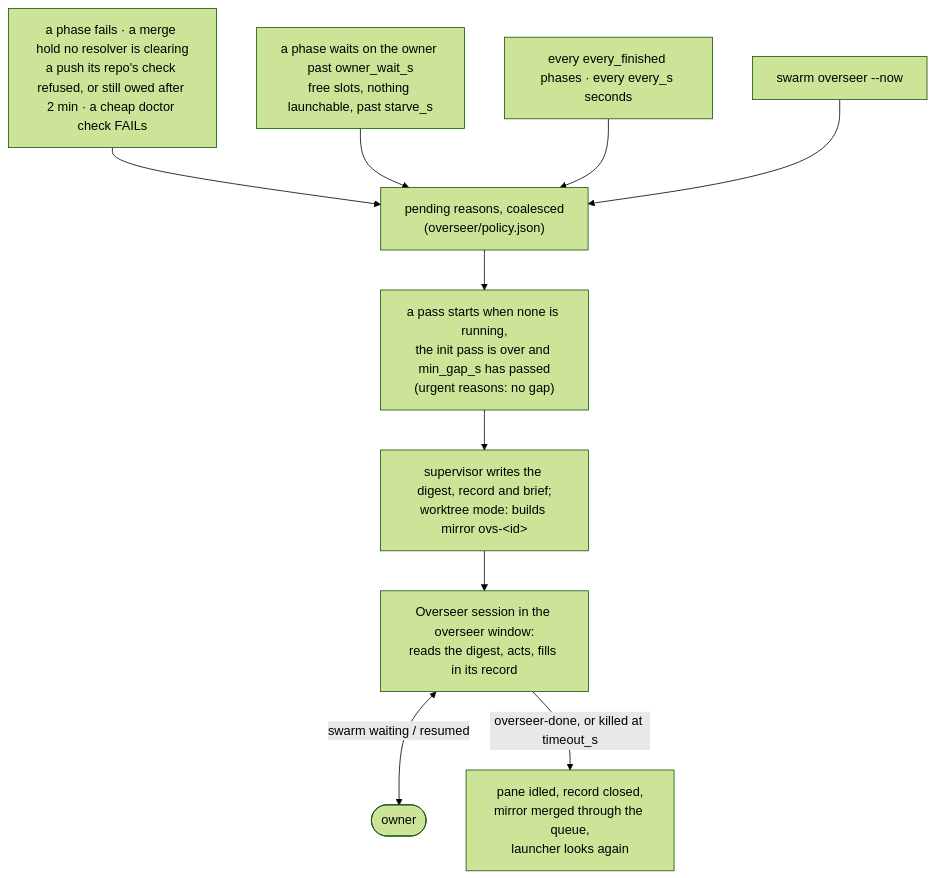
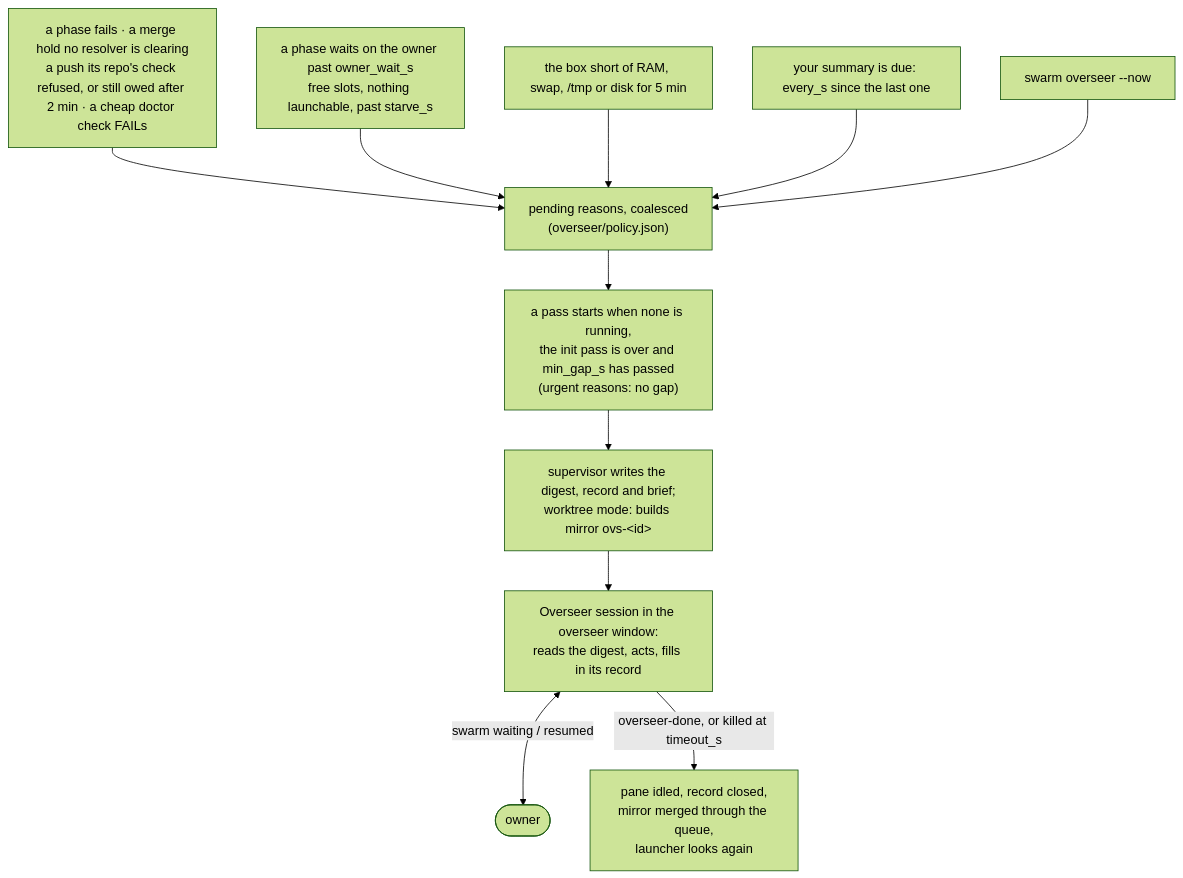
Before and after one commit to sezaiarda/swarm-orchestrator: the second of 5 diagrams in README.md, drawn with Mermaid (forest theme). The commit also changed other lines of this file and 12 other files, not shown here.

````diff
--- a/README.md
+++ b/README.md
@@ -221,12 +221,13 @@
 ```mermaid
 flowchart TD
   ev1["a phase fails · a merge hold no resolver is clearing<br/>a push its repo's check refused, or still owed after 2 min · a cheap doctor check FAILs"] --> pend
   ev2["a phase waits on the owner past owner_wait_s<br/>free slots, nothing launchable, past starve_s"] --> pend
-  ct["every every_finished phases · every every_s seconds"] --> pend
+  bx["the box short of RAM, swap, /tmp or disk for 5 min"] --> pend
+  ct["your summary is due: every_s since the last one"] --> pend
   mn["swarm overseer --now"] --> pend
   pend["pending reasons, coalesced<br/>(overseer/policy.json)"] --> due["a pass starts when none is running,<br/>the init pass is over and min_gap_s has passed<br/>(urgent reasons: no gap)"]
   due --> prep["supervisor writes the digest, record and brief;<br/>worktree mode: builds mirror ovs-&lt;id&gt;"]
   prep --> pass["Overseer session in the overseer window:<br/>reads the digest, acts, fills in its record"]
   pass <-- "swarm waiting / resumed" --> own(["owner"])
   pass -- "overseer-done, or killed at timeout_s" --> fin["pane idled, record closed,<br/>mirror merged through the queue,<br/>launcher looks again"]
 ```
````
